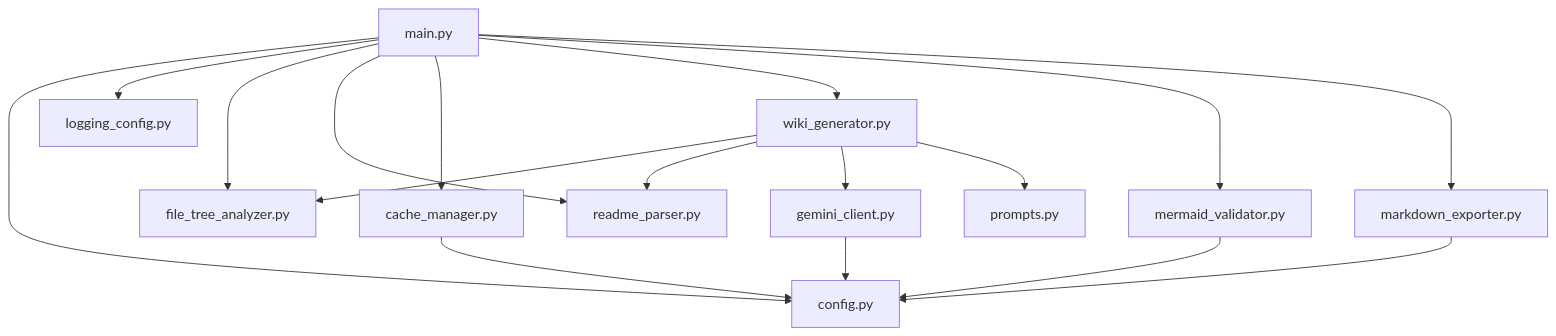
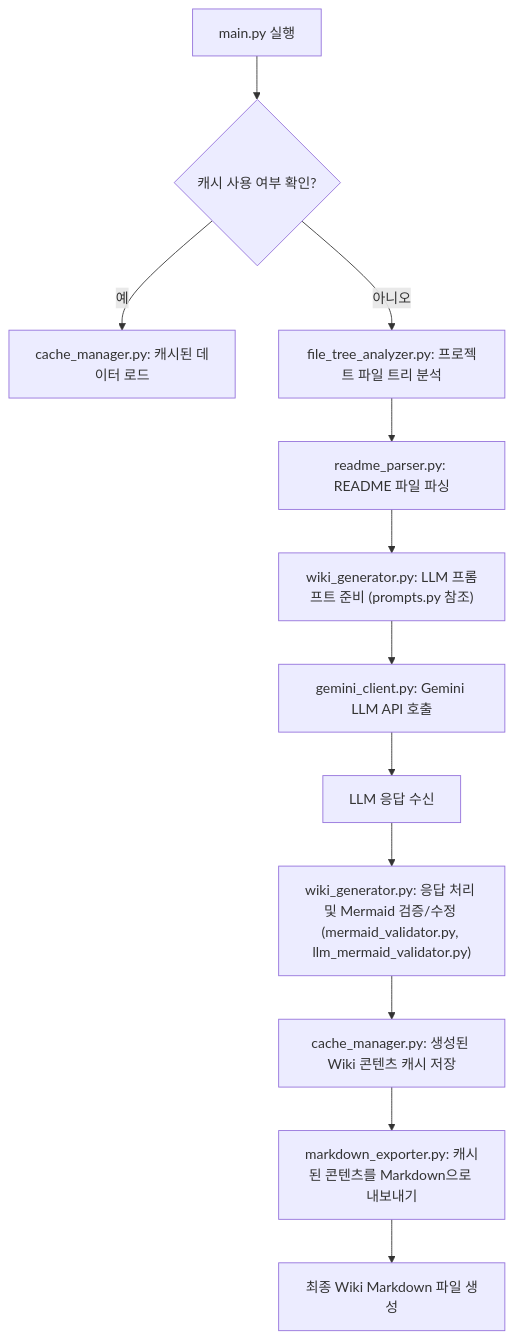
One commit to woosikseol/deepwiki-open changed the fourth of 5 diagrams in python_kb/.adalflow/wikicache/python_kb/architecture.md. Above: the diagram before and after it, drawn with Mermaid. The commit also changed other lines of this file and 25 other files, not shown here.

````diff
--- a/python_kb/.adalflow/wikicache/python_kb/architecture.md
+++ b/python_kb/.adalflow/wikicache/python_kb/architecture.md
@@ -125,19 +156,14 @@
 ```mermaid
 graph TD
-A[main.py] --> B[config.py]
-A --> C[logging_config.py]
-A --> D[file_tree_analyzer.py]
-A --> E[readme_parser.py]
-A --> F[cache_manager.py]
-A --> G[wiki_generator.py]
-A --> H[mermaid_validator.py]
-A --> I[markdown_exporter.py]
-G --> D
-G --> E
-G --> J[gemini_client.py]
-G --> K[prompts.py]
-J --> B
-F --> B
-H --> B
-I --> B
+    A["main.py 실행"] --> B{"캐시 사용 여부 확인?"}
+    B -- "예" --> C["cache_manager.py: 캐시된 데이터 로드"]
+    B -- "아니오" --> D["file_tree_analyzer.py: 프로젝트 파일 트리 분석"]
+    D --> E["readme_parser.py: README 파일 파싱"]
+    E --> F["wiki_generator.py: LLM 프롬프트 준비 (prompts.py 참조)"]
+    F --> G["gemini_client.py: Gemini LLM API 호출"]
+    G --> H["LLM 응답 수신"]
+    H --> I["wiki_generator.py: 응답 처리 및 Mermaid 검증/수정 (mermaid_validator.py, llm_mermaid_validator.py)"]
+    I --> J["cache_manager.py: 생성된 Wiki 콘텐츠 캐시 저장"]
+    J --> K["markdown_exporter.py: 캐시된 콘텐츠를 Markdown으로 내보내기"]
+    K --> L["최종 Wiki Markdown 파일 생성"]
 ```
````
